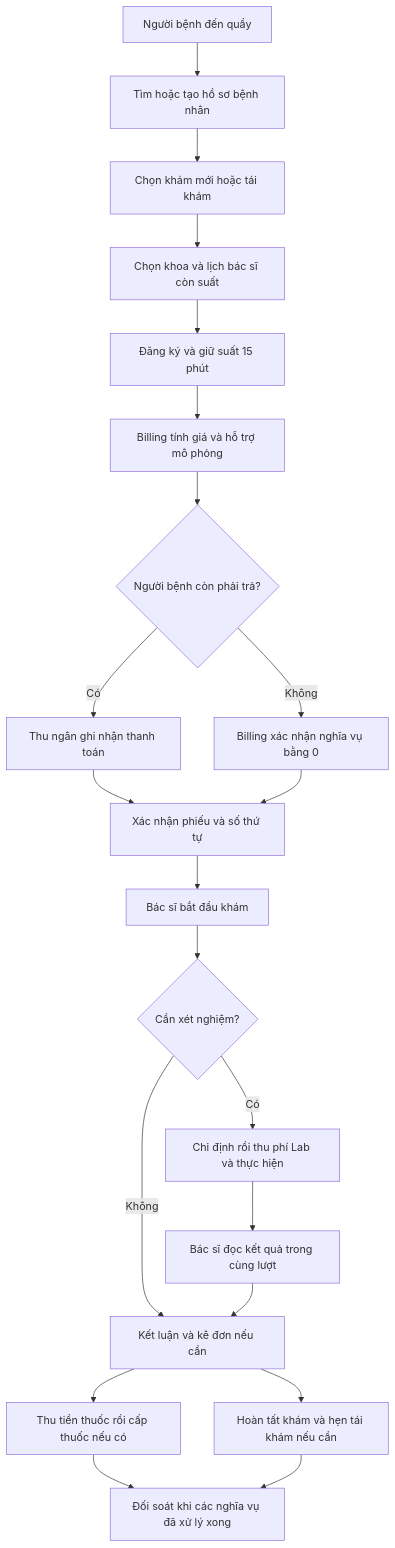
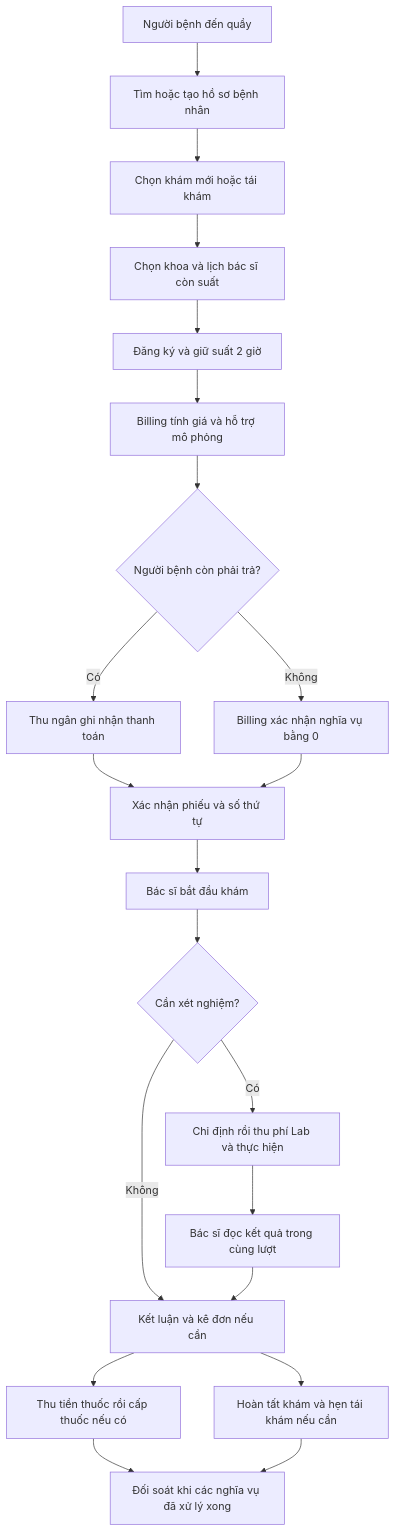
The diagram in docs/plans/02-business-flows.md (Dangvinh77/MediFlow), drawn with Mermaid before and after one commit. The commit also changed other lines of this file and 54 other files, not shown here.

````diff
--- a/docs/plans/02-business-flows.md
+++ b/docs/plans/02-business-flows.md
@@ -115,23 +116,23 @@
 ```mermaid
 flowchart TD
     A[Người bệnh đến quầy] --> B[Tìm hoặc tạo hồ sơ bệnh nhân]
     B --> C[Chọn khám mới hoặc tái khám]
     C --> D[Chọn khoa và lịch bác sĩ còn suất]
-    D --> E[Đăng ký và giữ suất 15 phút]
+    D --> E[Đăng ký và giữ suất 2 giờ]
     E --> F[Billing tính giá và hỗ trợ mô phỏng]
     F --> G{Người bệnh còn phải trả?}
     G -->|Có| H[Thu ngân ghi nhận thanh toán]
     G -->|Không| I[Billing xác nhận nghĩa vụ bằng 0]
     H --> J[Xác nhận phiếu và số thứ tự]
     I --> J
     J --> K[Bác sĩ bắt đầu khám]
     K --> L{Cần xét nghiệm?}
     L -->|Có| M[Chỉ định rồi thu phí Lab và thực hiện]
     M --> N[Bác sĩ đọc kết quả trong cùng lượt]
     L -->|Không| O[Kết luận và kê đơn nếu cần]
     N --> O
     O --> P[Thu tiền thuốc rồi cấp thuốc nếu có]
     O --> Q[Hoàn tất khám và hẹn tái khám nếu cần]
     P --> R[Đối soát khi các nghĩa vụ đã xử lý xong]
     Q --> R
 ```
````
